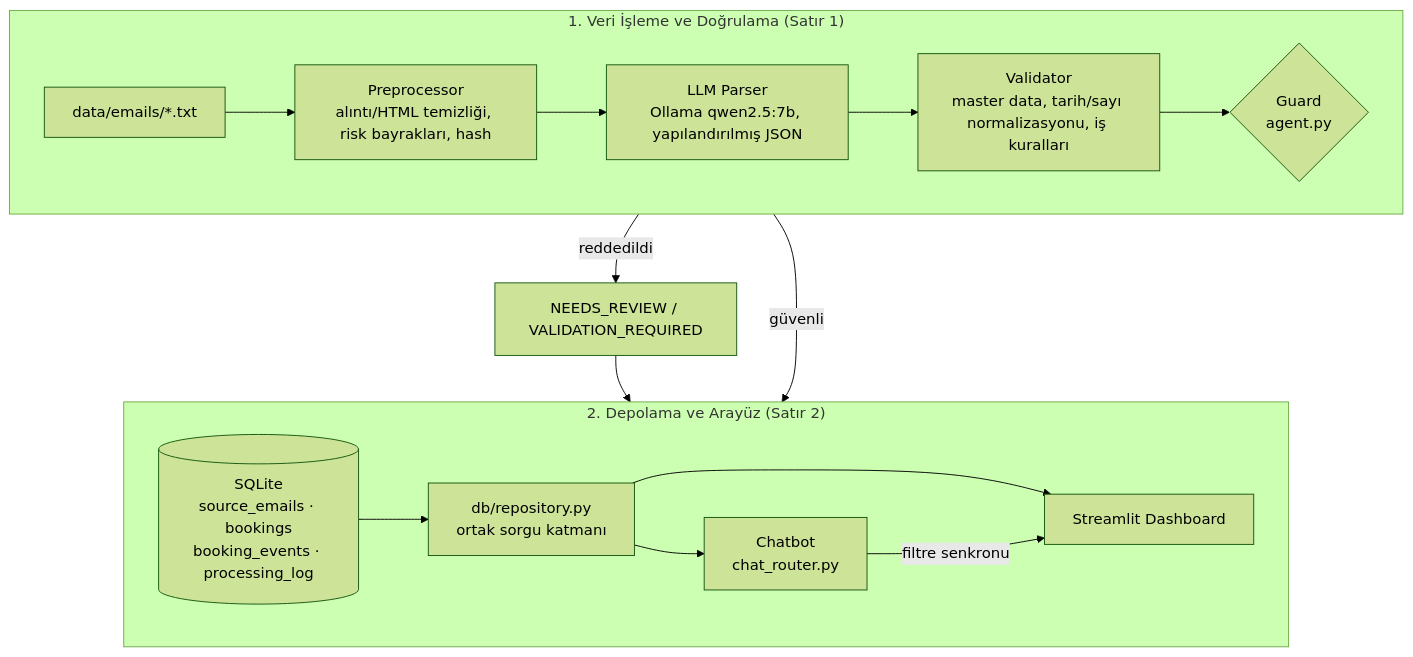
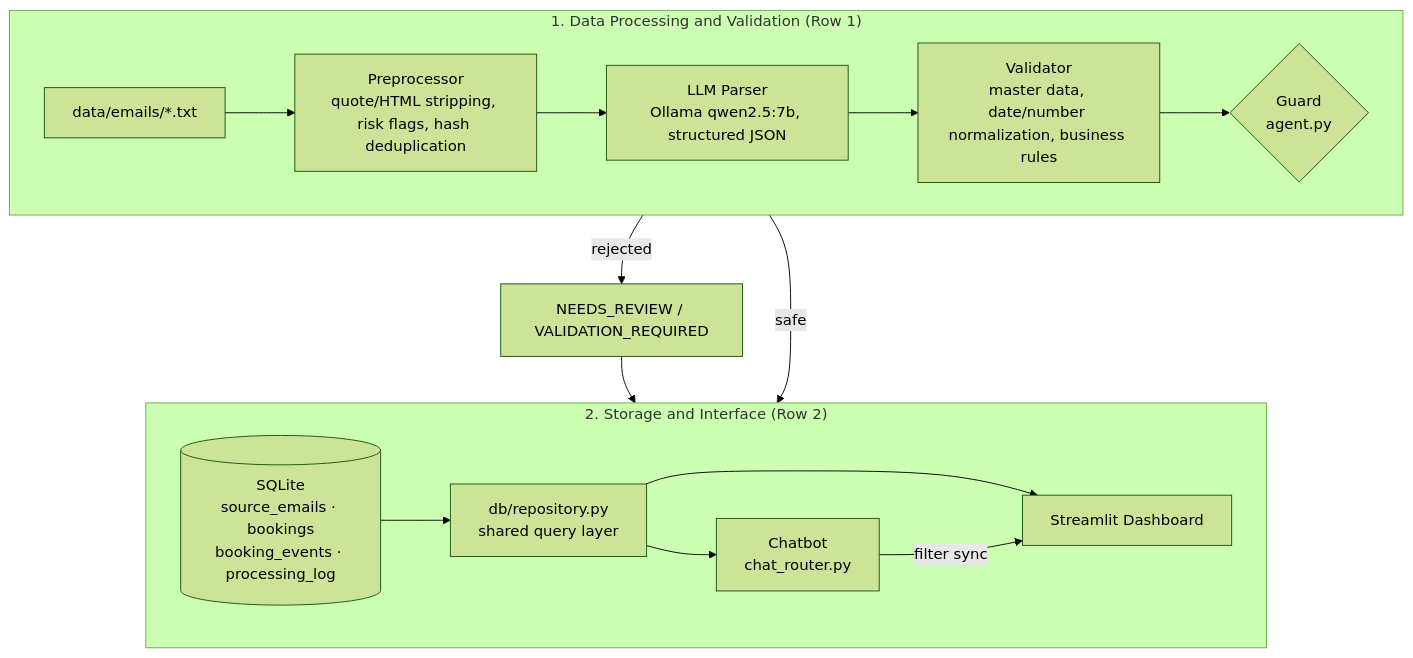
The diagram in README.md (Furknstr/UGRProject), drawn with Mermaid (forest theme) before and after one commit. The commit also changed other lines of this file, not shown here.

````diff
--- a/README.md
+++ b/README.md
@@ -9,23 +9,23 @@
 ```mermaid
 flowchart TB
-    subgraph Katman1 ["1. Veri İşleme ve Doğrulama (Satır 1)"]
+    subgraph Layer1 ["1. Data Processing and Validation (Row 1)"]
         direction LR
-        A["data/emails/*.txt"] --> B["Preprocessor<br/>alıntı/HTML temizliği, risk bayrakları, hash"]
-        B --> C["LLM Parser<br/>Ollama qwen2.5:7b, yapılandırılmış JSON"]
-        C --> D["Validator<br/>master data, tarih/sayı normalizasyonu, iş kuralları"]
+        A["data/emails/*.txt"] --> B["Preprocessor<br/>quote/HTML stripping, risk flags, hash deduplication"]
+        B --> C["LLM Parser<br/>Ollama qwen2.5:7b, structured JSON"]
+        C --> D["Validator<br/>master data, date/number normalization, business rules"]
         D --> E{"Guard<br/>agent.py"}
     end
 
-    subgraph Katman2 ["2. Depolama ve Arayüz (Satır 2)"]
+    subgraph Layer2 ["2. Storage and Interface (Row 2)"]
         direction LR
-        F[("SQLite<br/>source_emails · bookings<br/>booking_events · processing_log")] --> H["db/repository.py<br/>ortak sorgu katmanı"]
+        F[("SQLite<br/>source_emails · bookings<br/>booking_events · processing_log")] --> H["db/repository.py<br/>shared query layer"]
         H --> I["Streamlit Dashboard"]
         H --> J["Chatbot<br/>chat_router.py"]
-        J -->|filtre senkronu| I
+        J -->|filter sync| I
     end
 
-    %% Alt satıra geçiş bağlantıları
-    E -->|güvenli| F
-    E -->|reddedildi| G["NEEDS_REVIEW / VALIDATION_REQUIRED"]
+    %% Connections to the second row
+    E -->|safe| F
+    E -->|rejected| G["NEEDS_REVIEW / VALIDATION_REQUIRED"]
     G --> F
 ```
````
